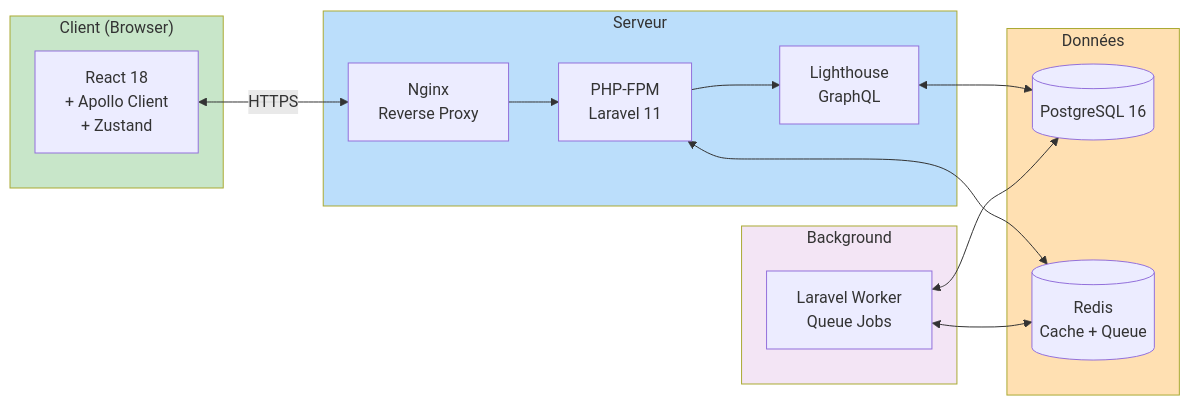
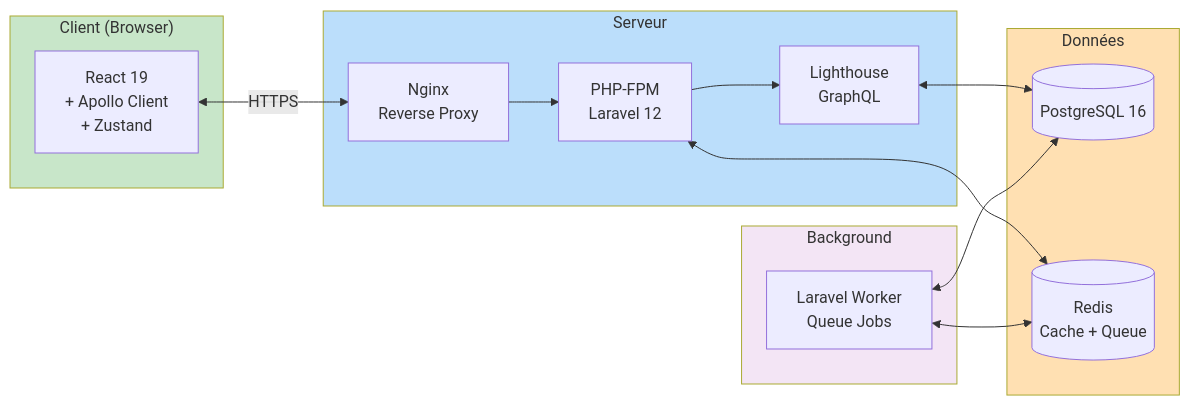
Before and after one commit to OnyxynO/Sand: the second of 9 diagrams in docs/03_ARCHITECTURE.md, drawn with Mermaid. The commit also changed 11 other files, not shown here.

````diff
--- a/docs/03_ARCHITECTURE.md
+++ b/docs/03_ARCHITECTURE.md
@@ -42,34 +42,34 @@
 ```mermaid
 flowchart LR
     subgraph Client["Client (Browser)"]
-        REACT[React 18<br/>+ Apollo Client<br/>+ Zustand]
+        REACT[React 19<br/>+ Apollo Client<br/>+ Zustand]
     end
 
     subgraph Server["Serveur"]
         NGINX[Nginx<br/>Reverse Proxy]
-        PHP[PHP-FPM<br/>Laravel 11]
+        PHP[PHP-FPM<br/>Laravel 12]
         LIGHTHOUSE[Lighthouse<br/>GraphQL]
     end
 
     subgraph Data["Données"]
         PG[(PostgreSQL 16)]
         REDIS[(Redis<br/>Cache + Queue)]
     end
 
     subgraph Jobs["Background"]
         WORKER[Laravel Worker<br/>Queue Jobs]
     end
 
     REACT <-->|HTTPS| NGINX
     NGINX --> PHP
     PHP --> LIGHTHOUSE
     LIGHTHOUSE <--> PG
     PHP <--> REDIS
     WORKER <--> REDIS
     WORKER <--> PG
 
     style Client fill:#c8e6c9
     style Server fill:#bbdefb
     style Data fill:#ffe0b2
     style Jobs fill:#f3e5f5
 ```
````
